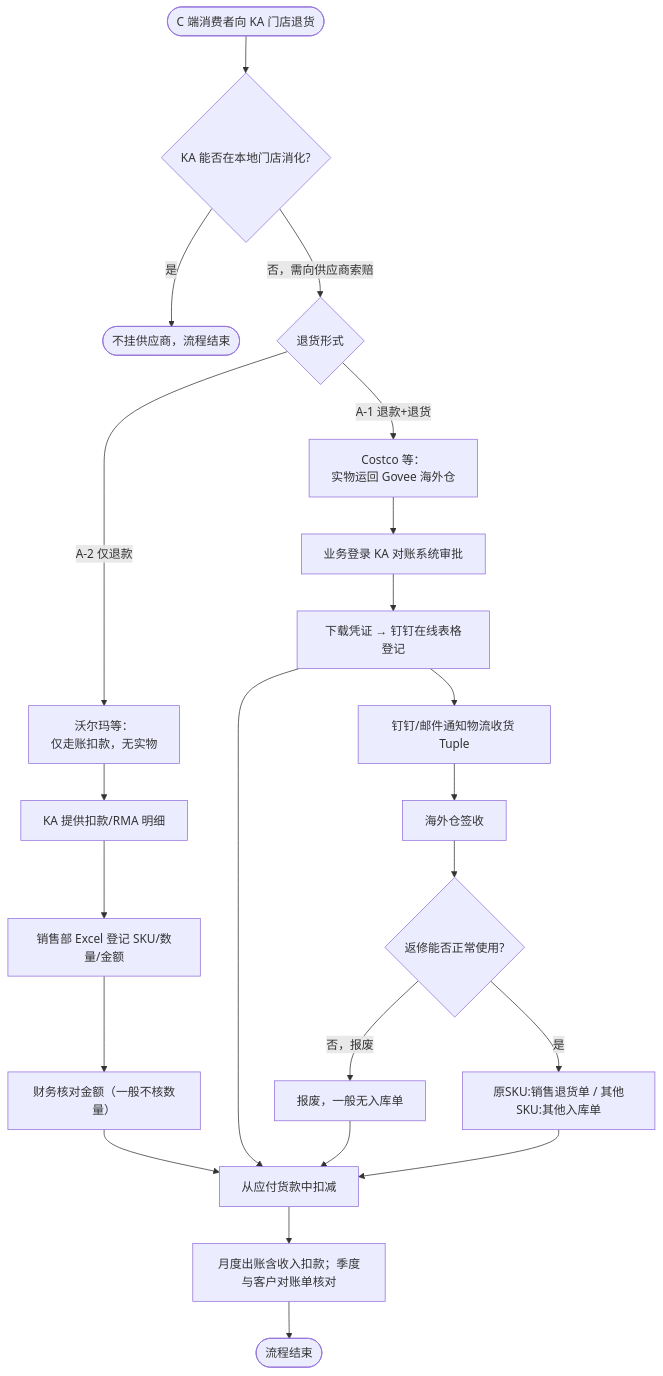
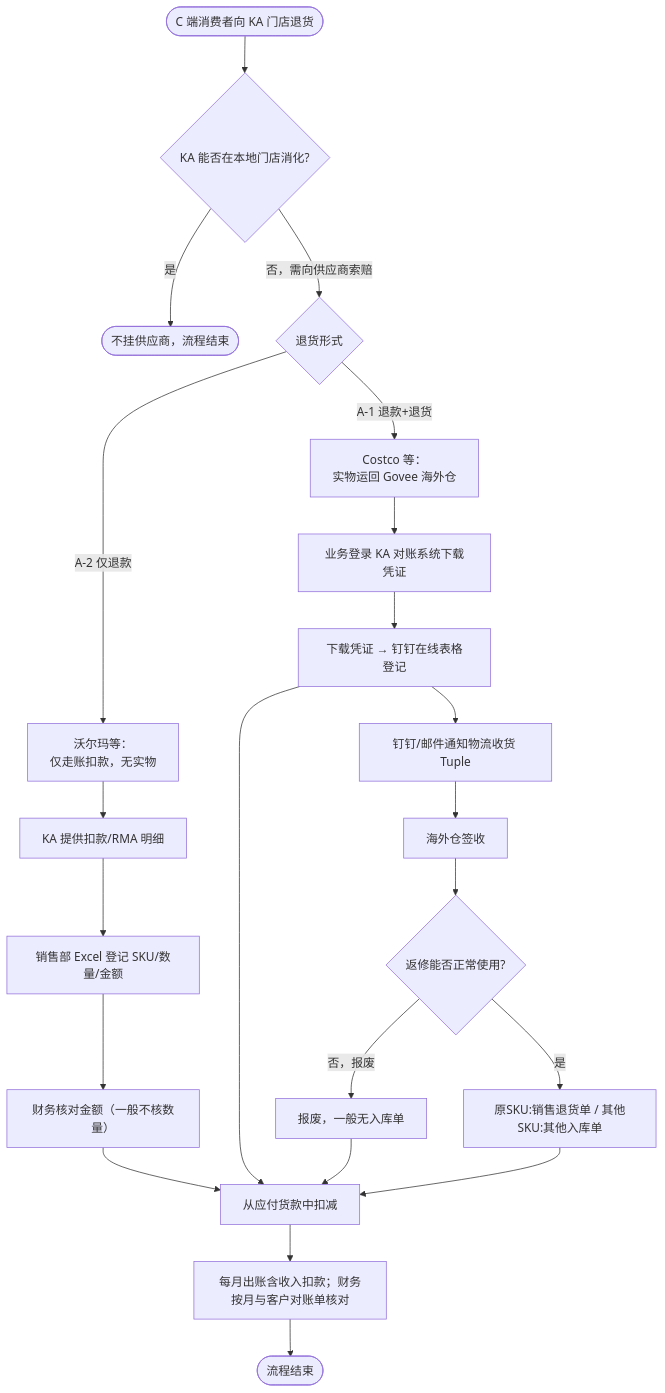
Before and after one commit to 18501404120/cursor: the second of 4 diagrams in 文件夹/需求/线下商超退货/方案/线下商超退货-完整流程梳理.md, drawn with Mermaid. The commit also changed other lines of this file and 2 other files, not shown here.

````diff
--- a/文件夹/需求/线下商超退货/方案/线下商超退货-完整流程梳理.md
+++ b/文件夹/需求/线下商超退货/方案/线下商超退货-完整流程梳理.md
@@ -105,31 +105,31 @@
 ```mermaid
 flowchart TD
     Start([C 端消费者向 KA 门店退货]) --> Local{KA 能否在本地门店消化?}
     Local -->|是| End1([不挂供应商，流程结束])
     Local -->|否，需向供应商索赔| Type{退货形式}
 
     Type -->|A-1 退款+退货| A1Flow["Costco 等：<br/>实物运回 Govee 海外仓"]
     Type -->|A-2 仅退款| A2Flow["沃尔玛等：<br/>仅走账扣款，无实物"]
 
-    A1Flow --> A1Sys["业务登录 KA 对账系统审批"]
+    A1Flow --> A1Sys["业务登录 KA 对账系统下载凭证"]
     A2Flow --> A2Sys["KA 提供扣款/RMA 明细"]
 
     A1Sys --> Download["下载凭证 → 钉钉在线表格登记"]
     A2Sys --> Excel["销售部 Excel 登记 SKU/数量/金额"]
 
     Download --> NotifyLogistics["钉钉/邮件通知物流收货 Tuple"]
     Excel --> FinanceCheck["财务核对金额（一般不核数量）"]
 
     NotifyLogistics --> Warehouse["海外仓签收"]
     Warehouse --> Dispose{"返修能否正常使用?"}
     Dispose -->|否，报废| Scrap["报废，一般无入库单"]
     Dispose -->|是| Inbound["原SKU:销售退货单 / 其他SKU:其他入库单"]
 
     FinanceCheck --> Deduct["从应付货款中扣减"]
     Download --> Deduct
     Scrap --> Deduct
     Inbound --> Deduct
 
-    Deduct --> Reconcile["月度出账含收入扣款；季度与客户对账单核对"]
+    Deduct --> Reconcile["每月出账含收入扣款；财务按月与客户对账单核对"]
     Reconcile --> End2([流程结束])
 ```
````
